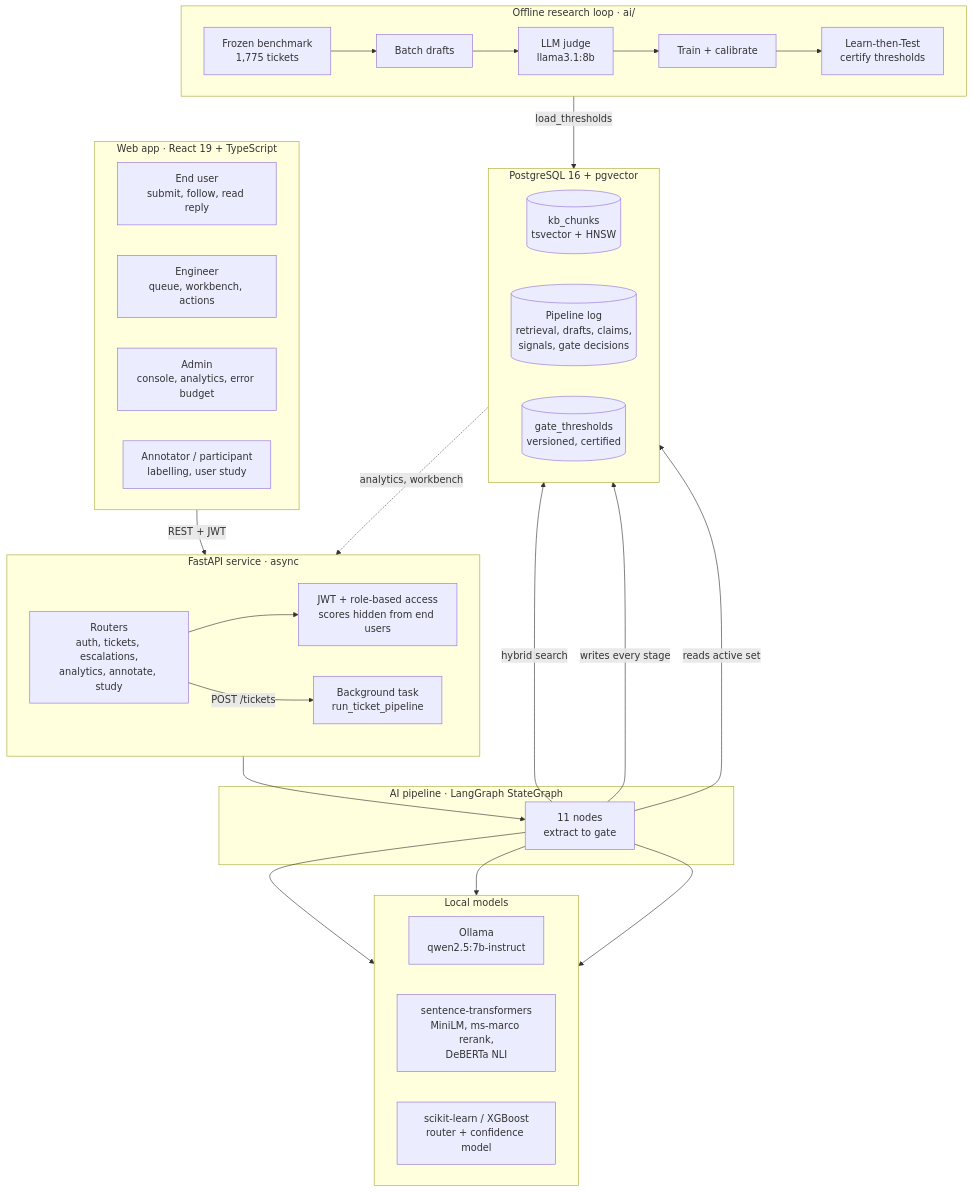
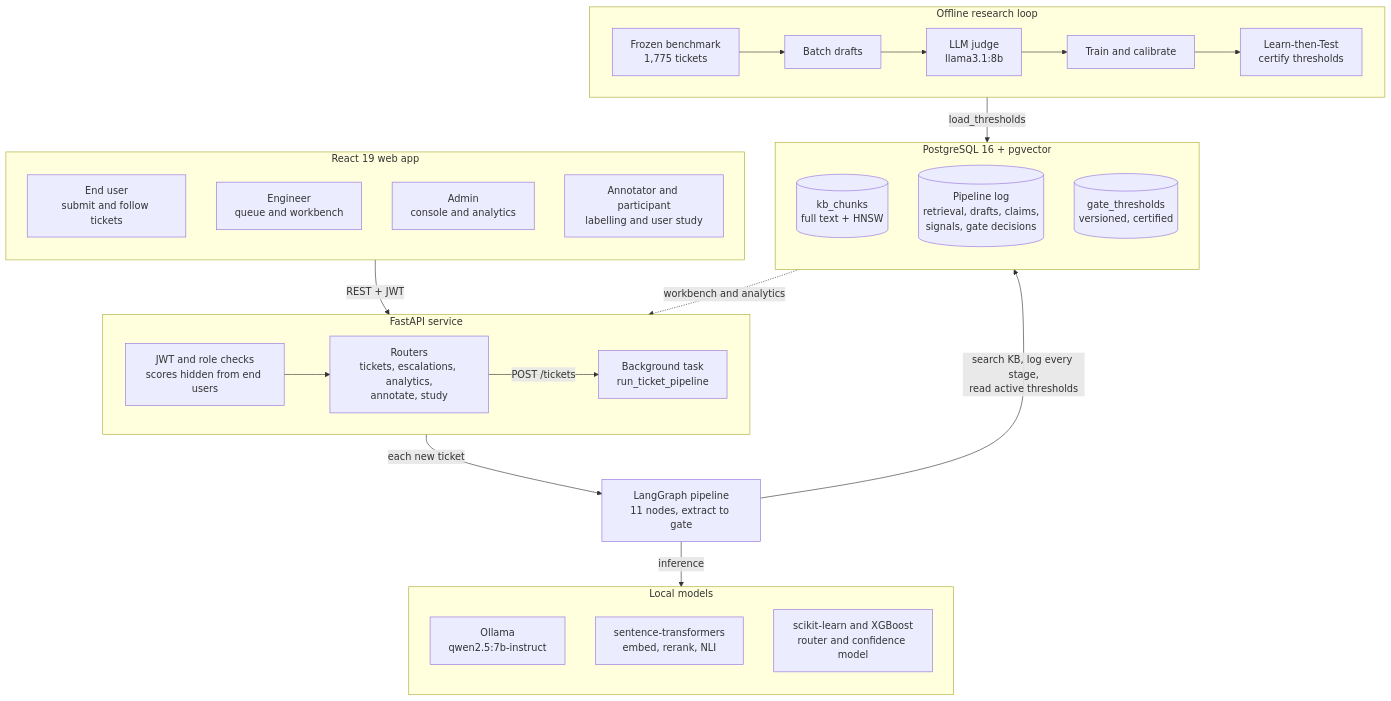
One commit to Rishikesh10925/Ticket_Sense changed the first of 3 diagrams in README.md. Above: the diagram before and after it, drawn with Mermaid. The commit also changed other lines of this file, not shown here.

Commit message:
readme: cleaner architecture diagrams, staged pipeline, full-width gate table

````diff
--- a/README.md
+++ b/README.md
@@ -101,52 +101,47 @@
 ```mermaid
 flowchart TB
-    subgraph Clients["Web app · React 19 + TypeScript"]
-        direction LR
-        U["End user<br/>submit, follow, read reply"]
-        EN["Engineer<br/>queue, workbench, actions"]
-        AD["Admin<br/>console, analytics, error budget"]
-        AN["Annotator / participant<br/>labelling, user study"]
+    subgraph WEB["React 19 web app"]
+        direction TB
+        U["End user<br/>submit and follow tickets"]
+        EN["Engineer<br/>queue and workbench"]
+        AD["Admin<br/>console and analytics"]
+        AN["Annotator and participant<br/>labelling and user study"]
     end
 
-    subgraph API["FastAPI service · async"]
+    subgraph SRV["FastAPI service"]
         direction LR
-        RT["Routers<br/>auth, tickets, escalations,<br/>analytics, annotate, study"]
-        RB["JWT + role-based access<br/>scores hidden from end users"]
-        BG["Background task<br/>run_ticket_pipeline"]
+        RB["JWT and role checks<br/>scores hidden from end users"] --> RT["Routers<br/>tickets, escalations, analytics,<br/>annotate, study"]
+        RT -->|"POST /tickets"| BG["Background task<br/>run_ticket_pipeline"]
     end
 
-    subgraph AI["AI pipeline · LangGraph StateGraph"]
-        PL["11 nodes<br/>extract to gate"]
+    PL["LangGraph pipeline<br/>11 nodes, extract to gate"]
+
+    subgraph MOD["Local models"]
+        direction TB
+        OL["Ollama<br/>qwen2.5:7b-instruct"]
+        ST["sentence-transformers<br/>embed, rerank, NLI"]
+        CM["scikit-learn and XGBoost<br/>router and confidence model"]
     end
 
-    subgraph Models["Local models"]
-        direction LR
-        OL["Ollama<br/>qwen2.5:7b-instruct"]
-        ST["sentence-transformers<br/>MiniLM, ms-marco rerank,<br/>DeBERTa NLI"]
-        CM["scikit-learn / XGBoost<br/>router + confidence model"]
-    end
-
-    subgraph DB["PostgreSQL 16 + pgvector"]
-        direction LR
-        KB[("kb_chunks<br/>tsvector + HNSW")]
+    subgraph PG["PostgreSQL 16 + pgvector"]
+        direction TB
+        KB[("kb_chunks<br/>full text + HNSW")]
         LOG[("Pipeline log<br/>retrieval, drafts, claims,<br/>signals, gate decisions")]
         TH[("gate_thresholds<br/>versioned, certified")]
     end
 
-    subgraph Offline["Offline research loop · ai/"]
+    subgraph OFF["Offline research loop"]
         direction LR
-        BM["Frozen benchmark<br/>1,775 tickets"] --> BD["Batch drafts"] --> JG["LLM judge<br/>llama3.1:8b"] --> TR["Train + calibrate"] --> LTT["Learn-then-Test<br/>certify thresholds"]
+        BM["Frozen benchmark<br/>1,775 tickets"] --> BD["Batch drafts"]
+        BD --> JG["LLM judge<br/>llama3.1:8b"]
+        JG --> TR["Train and calibrate"]
+        TR --> LTT["Learn-then-Test<br/>certify thresholds"]
     end
 
-    Clients -- "REST + JWT" --> RT
-    RT --> RB
-    RT -- "POST /tickets" --> BG --> PL
-    PL --> OL
-    PL --> ST
-    PL --> CM
-    PL -- "hybrid search" --> KB
-    PL -- "writes every stage" --> LOG
-    PL -- "reads active set" --> TH
-    LTT -- "load_thresholds" --> TH
-    LOG -. "analytics, workbench" .-> RT
+    WEB -->|"REST + JWT"| SRV
+    SRV -->|"each new ticket"| PL
+    PL -->|"inference"| MOD
+    PL -->|"search KB, log every stage,<br/>read active thresholds"| PG
+    OFF -->|"load_thresholds"| PG
+    PG -.->|"workbench and analytics"| SRV
 ```
````
